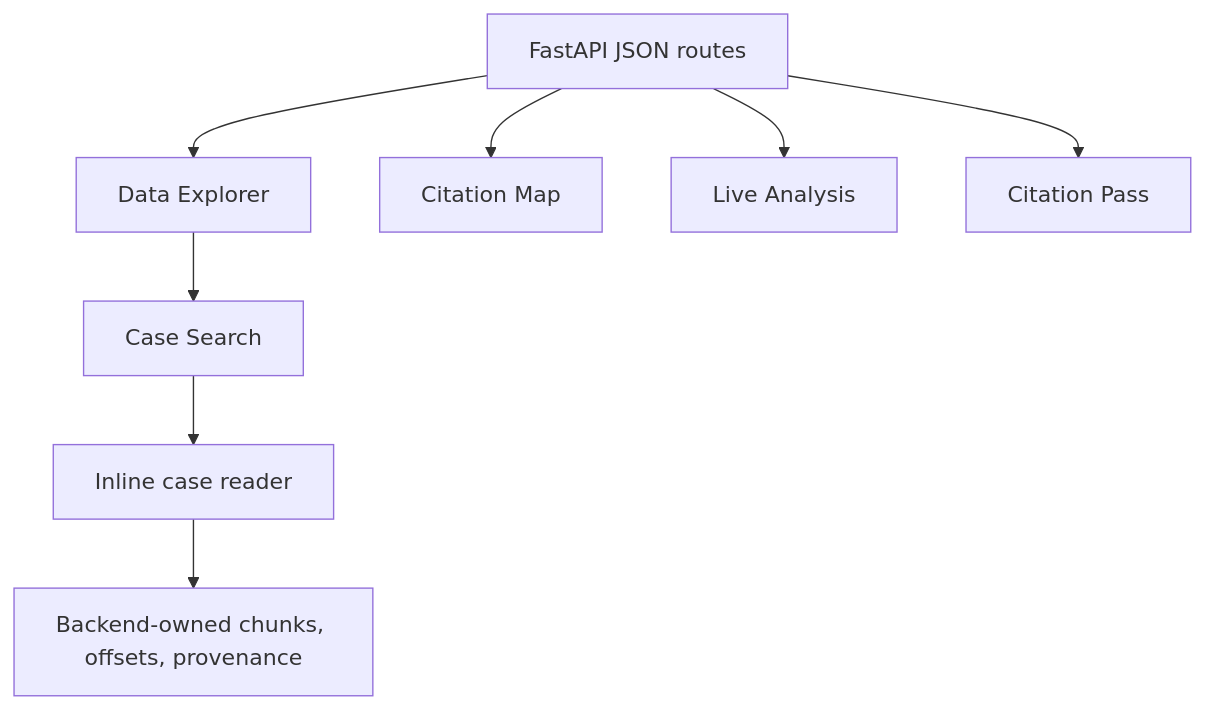
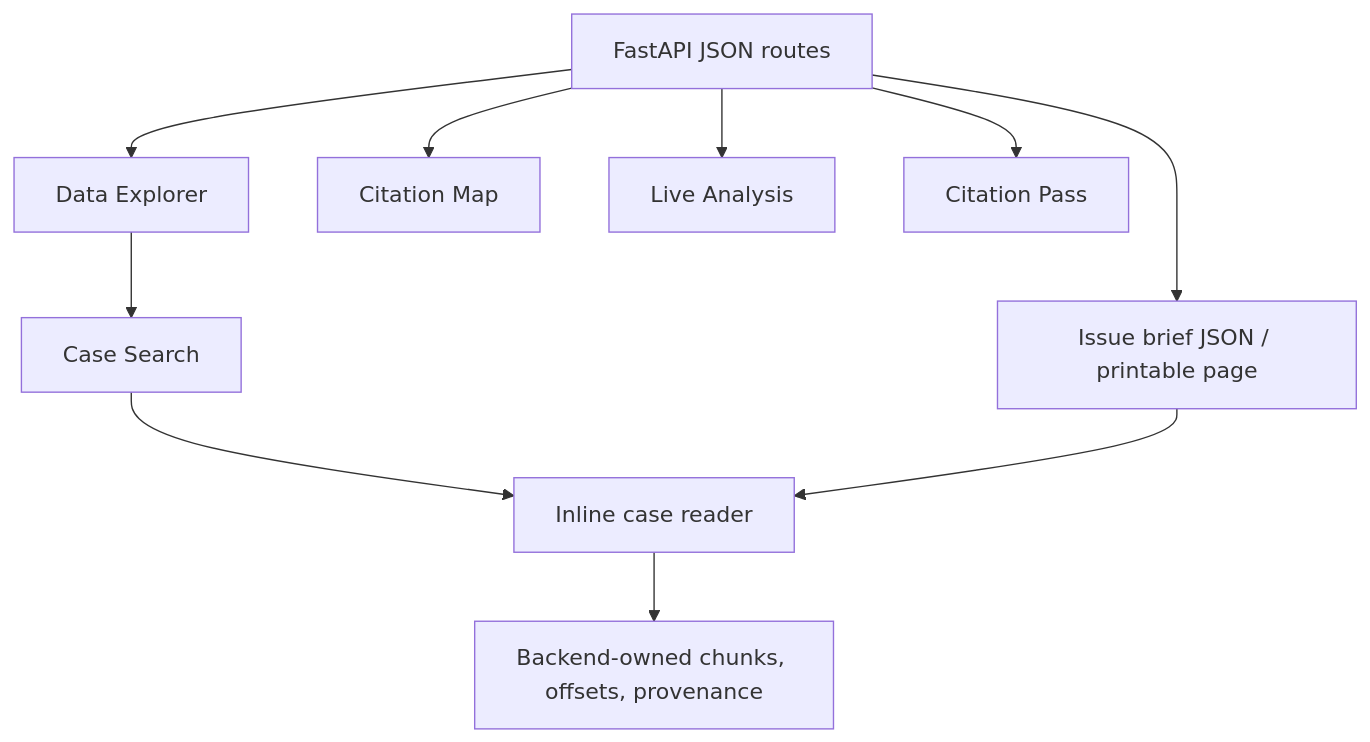
One commit to greystone-dan/LitIntelproject changed the diagram in .swm/6.maiixtsw.sw.md. Above: the diagram before and after it, drawn with Mermaid. The commit also changed other lines of this file and 9 other files, not shown here.

Commit message:
Implement tagged issue brief

````diff
--- a/.swm/6.maiixtsw.sw.md
+++ b/.swm/6.maiixtsw.sw.md
@@ -14,10 +14,12 @@
 ```mermaid
 flowchart TD
 	API[FastAPI JSON routes] --> Explorer[Data Explorer]
 	Explorer --> Search[Case Search]
 	Search --> Reader[Inline case reader]
+	API --> Brief[Issue brief JSON / printable page]
+	Brief --> Reader
 	API --> Map[Citation Map]
 	API --> Live[Live Analysis]
 	API --> QA[Citation Pass]
 	Reader --> Evidence[Backend-owned chunks, offsets, provenance]
 ```
````
